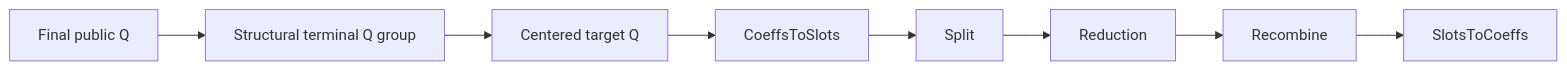
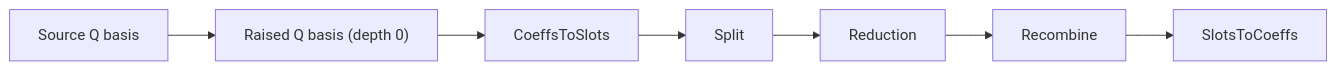
The diagram in docs/how-to/implement-bootstrap-component.md (visualDust/fhelium), drawn with Mermaid before and after one commit. The commit also changed other lines of this file and 439 other files, not shown here.

````diff
--- a/docs/how-to/implement-bootstrap-component.md
+++ b/docs/how-to/implement-bootstrap-component.md
@@ -223,13 +244,12 @@
 ```mermaid
 flowchart LR
-    FINAL[Final public Q]
-    BASE["Structural terminal Q group"]
-    RAISED[Centered target Q]
+    SOURCE["Source Q basis"]
+    RAISED["Raised Q basis (depth 0)"]
     C2S[CoeffsToSlots]
     SPLIT[Split]
     REDUCE[Reduction]
     RECOMBINE[Recombine]
     S2C[SlotsToCoeffs]
 
-    FINAL --> BASE --> RAISED --> C2S --> SPLIT --> REDUCE --> RECOMBINE --> S2C
+    SOURCE --> RAISED --> C2S --> SPLIT --> REDUCE --> RECOMBINE --> S2C
 ```
````
